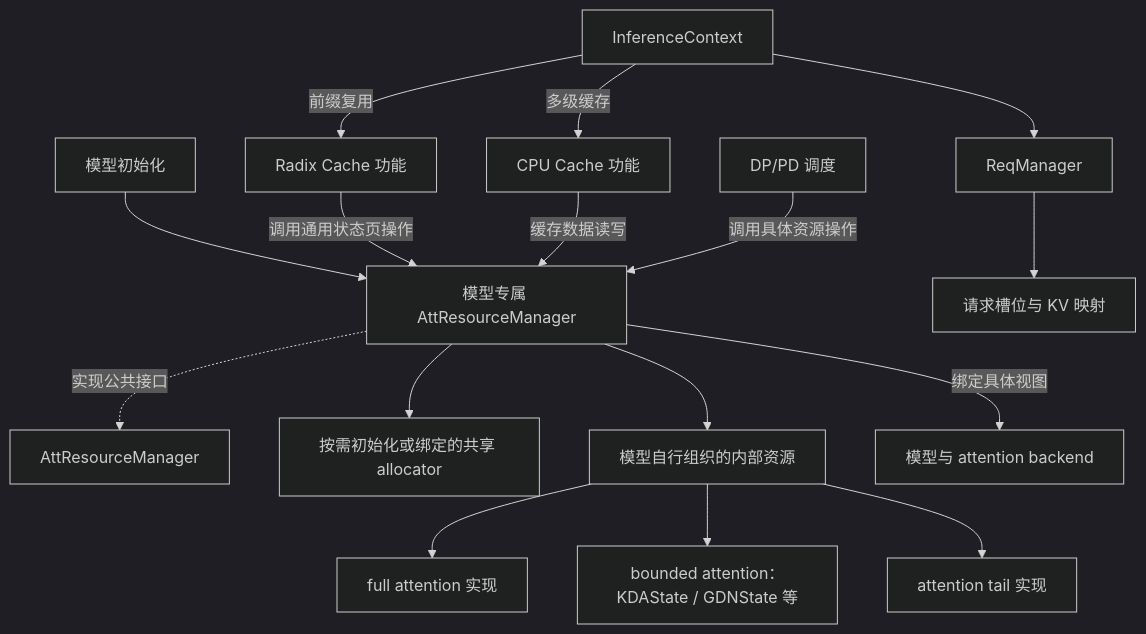
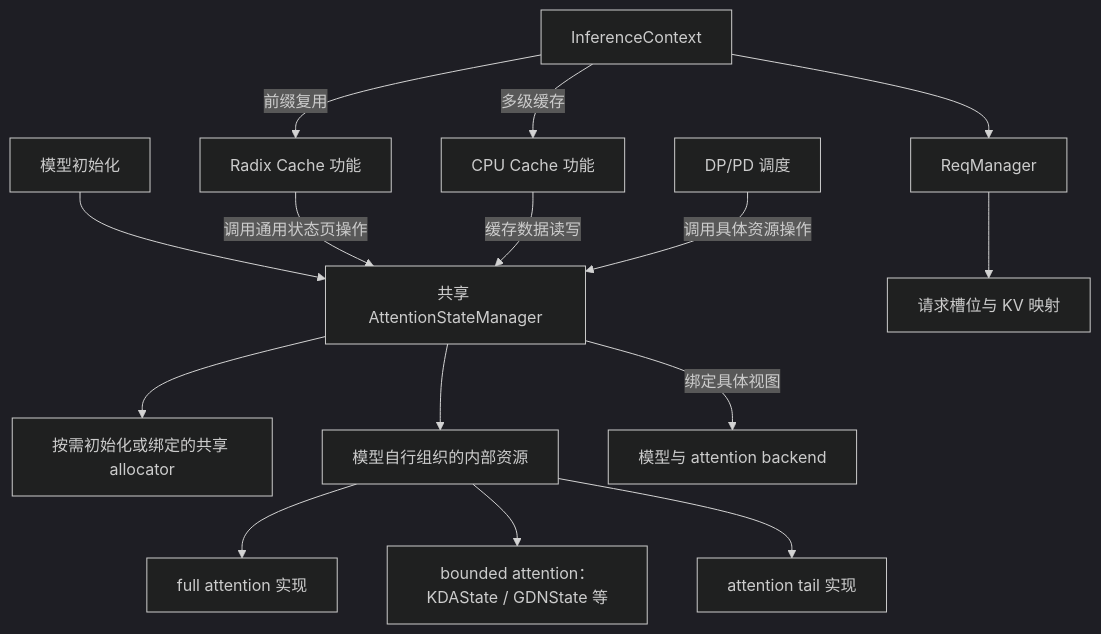
Before and after one commit to ModelTC/LightLLM: the first of 2 diagrams in docs/cache_manager_design.md, drawn with Mermaid (dark theme). The commit also changed other lines of this file and 153 other files, not shown here.

````diff
--- a/docs/cache_manager_design.md
+++ b/docs/cache_manager_design.md
@@ -58,18 +77,17 @@
 ```mermaid
 flowchart TD
-    Model[模型初始化] --> Concrete[模型专属 AttResourceManager]
-    Concrete -.->|实现公共接口| API[AttResourceManager]
+    Model[模型初始化] --> Concrete[共享 AttentionStateManager]
     Context[InferenceContext] --> Req[ReqManager]
     Req --> Slots[请求槽位与 KV 映射]
     Context -->|前缀复用| Radix[Radix Cache 功能]
     Context -->|多级缓存| CPU[CPU Cache 功能]
     Radix -->|调用通用状态页操作| Concrete
     CPU -->|缓存数据读写| Concrete
     Concrete --> Alloc[按需初始化或绑定的共享 allocator]
     Concrete --> Internal[模型自行组织的内部资源]
     Internal --> Full[full attention 实现]
     Internal --> Bounded[bounded attention：KDAState / GDNState 等]
     Internal --> Indexer[attention tail 实现]
     Concrete -->|绑定具体视图| Forward[模型与 attention backend]
     Transport[DP/PD 调度] -->|调用具体资源操作| Concrete
 ```
````
